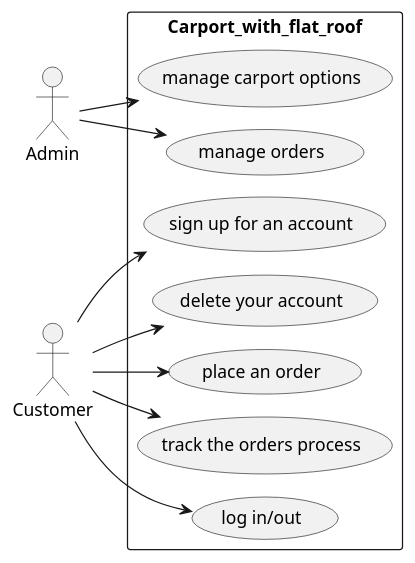
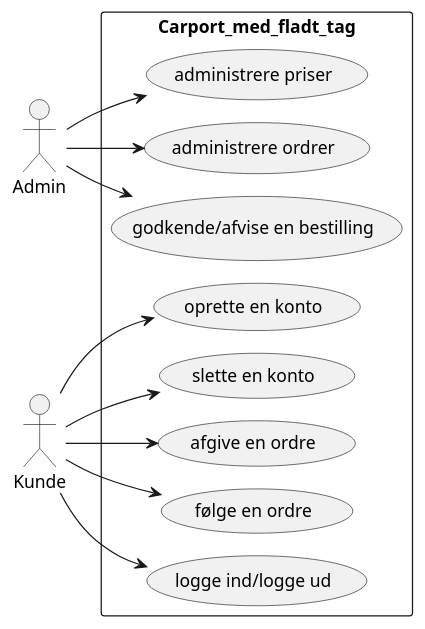
One commit to JuliusLansner/CarportWebapp changed the diagram in src/main/plantUML/use_case_diagram.puml. Above: the diagram before and after it, drawn with PlantUML. The commit also changed 2 other files, not shown here.

Commit message:
joint refactoring of diagrams

```diff
--- a/src/main/plantUML/use_case_diagram.puml
+++ b/src/main/plantUML/use_case_diagram.puml
@@ -1,19 +1,20 @@
 @startuml
 !pragma layout smetana
 
 left to right direction
 
 actor Admin
-actor Customer
+actor Kunde
 
-rectangle Carport_with_flat_roof{
-  Admin --> (manage carport options)
-  Admin --> (manage orders)
+rectangle Carport_med_fladt_tag{
+  Admin --> (administrere priser)
+  Admin --> (administrere ordrer)
+  Admin --> (godkende/afvise en bestilling)
 
-  Customer --> (sign up for an account)
-  Customer --> (delete your account)
-  Customer --> (place an order)
-  Customer --> (track the orders process)
-  Customer --> (log in/out)
+  Kunde --> (oprette en konto)
+  Kunde --> (slette en konto)
+  Kunde --> (afgive en ordre)
+  Kunde --> (følge en ordre)
+  Kunde --> (logge ind/logge ud)
 }
 @enduml
```
